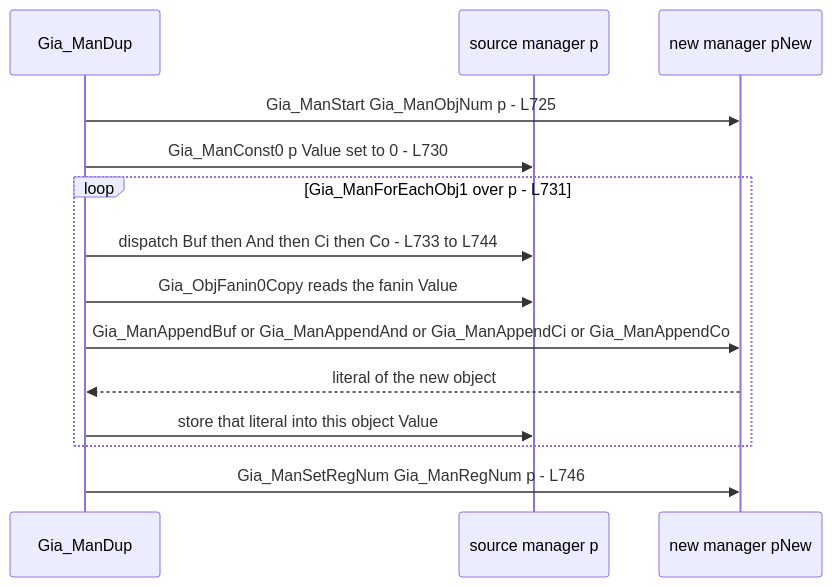
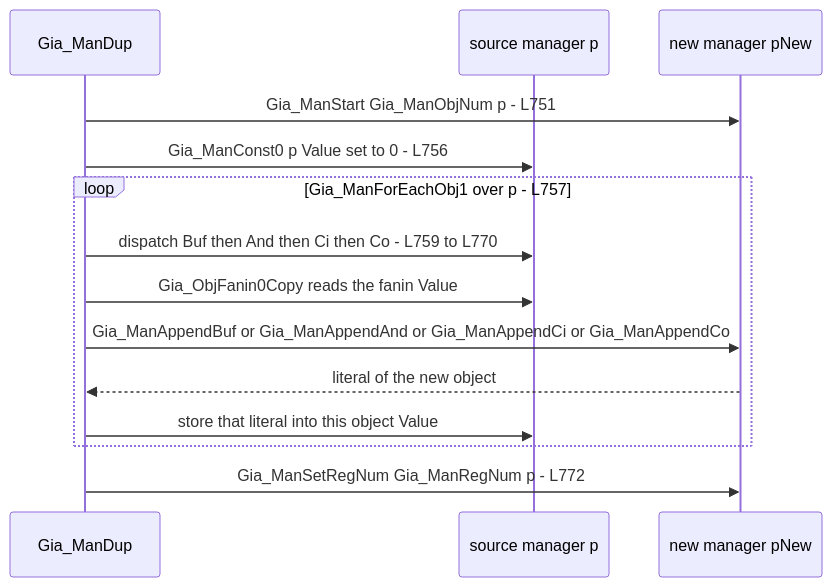
The eighth of 10 diagrams in src/aig/gia/README.md (blitzy-research/abc), drawn with Mermaid before and after one commit. The commit also changed other lines of this file and 3 other files, not shown here.

````diff
--- a/src/aig/gia/README.md
+++ b/src/aig/gia/README.md
@@ -1009,16 +1017,16 @@
 ```mermaid
 sequenceDiagram
     participant Pass as Gia_ManDup
     participant Old as source manager p
     participant New as new manager pNew
-    Pass->>New: Gia_ManStart Gia_ManObjNum p - L725
-    Pass->>Old: Gia_ManConst0 p Value set to 0 - L730
-    loop Gia_ManForEachObj1 over p - L731
-        Pass->>Old: dispatch Buf then And then Ci then Co - L733 to L744
+    Pass->>New: Gia_ManStart Gia_ManObjNum p - L751
+    Pass->>Old: Gia_ManConst0 p Value set to 0 - L756
+    loop Gia_ManForEachObj1 over p - L757
+        Pass->>Old: dispatch Buf then And then Ci then Co - L759 to L770
         Pass->>Old: Gia_ObjFanin0Copy reads the fanin Value
         Pass->>New: Gia_ManAppendBuf or Gia_ManAppendAnd or Gia_ManAppendCi or Gia_ManAppendCo
         New-->>Pass: literal of the new object
         Pass->>Old: store that literal into this object Value
     end
-    Pass->>New: Gia_ManSetRegNum Gia_ManRegNum p - L746
+    Pass->>New: Gia_ManSetRegNum Gia_ManRegNum p - L772
 ```
````
